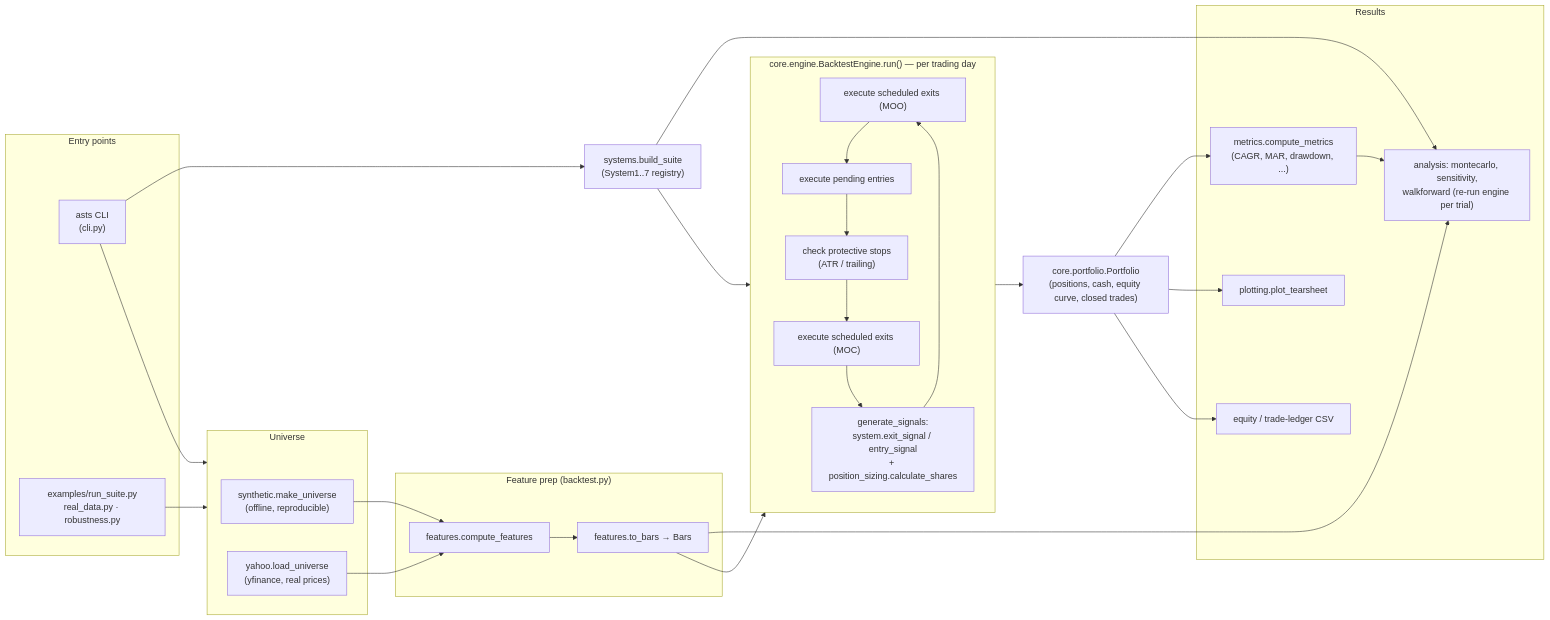
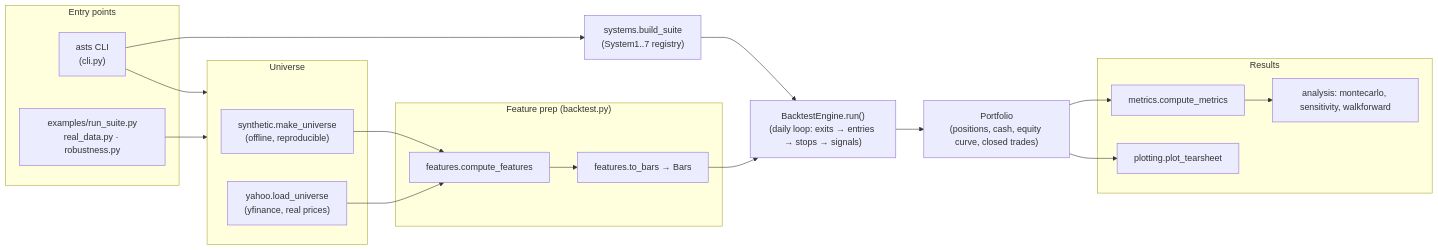
Before and after one commit to younghwan91/automated-stock-trading-systems: the diagram in README.md, drawn with Mermaid. The commit also changed other lines of this file, not shown here.

````diff
--- a/README.md
+++ b/README.md
@@ -60,53 +59,42 @@
 ```mermaid
 flowchart LR
     subgraph Entry["Entry points"]
         CLI["asts CLI\n(cli.py)"]
         EX["examples/run_suite.py\nreal_data.py · robustness.py"]
     end
 
     subgraph Data["Universe"]
         SYN["synthetic.make_universe\n(offline, reproducible)"]
         YHO["yahoo.load_universe\n(yfinance, real prices)"]
     end
 
     subgraph Prep["Feature prep (backtest.py)"]
         FEAT["features.compute_features"]
         BARS["features.to_bars → Bars"]
     end
 
     SYS["systems.build_suite\n(System1..7 registry)"]
 
-    subgraph Engine["core.engine.BacktestEngine.run() — per trading day"]
-        E1["execute scheduled exits (MOO)"]
-        E2["execute pending entries"]
-        E3["check protective stops\n(ATR / trailing)"]
-        E4["execute scheduled exits (MOC)"]
-        E5["generate_signals:\nsystem.exit_signal / entry_signal\n+ position_sizing.calculate_shares"]
-        E1 --> E2 --> E3 --> E4 --> E5 --> E1
-    end
+    ENG["BacktestEngine.run()\n(daily loop: exits → entries → stops → signals)"]
 
-    PF["core.portfolio.Portfolio\n(positions, cash, equity curve, closed trades)"]
+    PF["Portfolio\n(positions, cash, equity curve, closed trades)"]
 
     subgraph Output["Results"]
-        MET["metrics.compute_metrics\n(CAGR, MAR, drawdown, ...)"]
+        MET["metrics.compute_metrics"]
         PLOT["plotting.plot_tearsheet"]
-        CSV["equity / trade-ledger CSV"]
-        AN["analysis: montecarlo, sensitivity,\nwalkforward (re-run engine per trial)"]
+        AN["analysis: montecarlo, sensitivity, walkforward"]
     end
 
     CLI --> Data
     EX --> Data
     SYN --> FEAT
     YHO --> FEAT
     FEAT --> BARS
     CLI --> SYS
-    BARS --> Engine
-    SYS --> Engine
-    Engine --> PF
+    BARS --> ENG
+    SYS --> ENG
+    ENG --> PF
     PF --> MET
     PF --> PLOT
-    PF --> CSV
     MET --> AN
-    BARS --> AN
-    SYS --> AN
 ```
````
